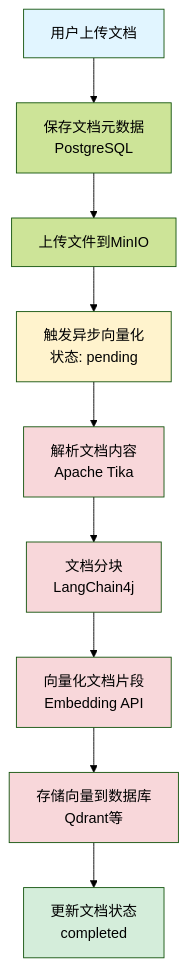
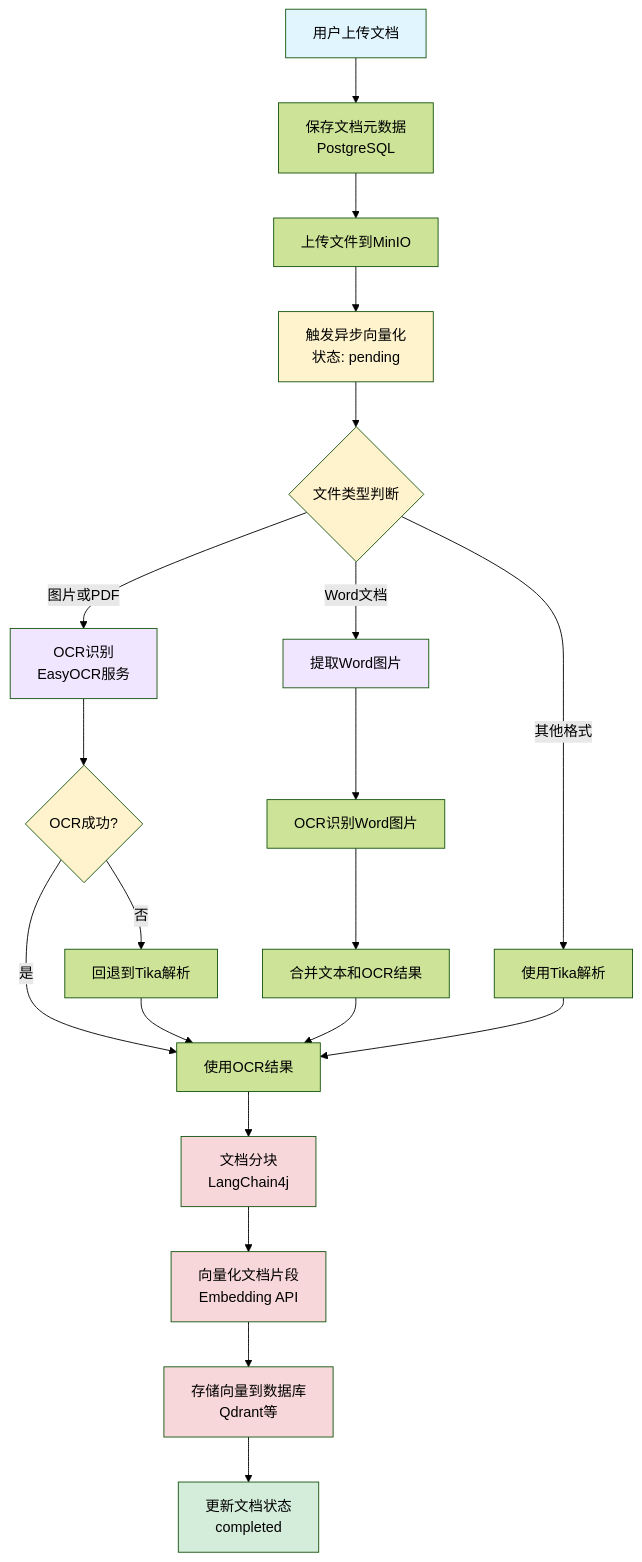
The second of 4 diagrams in backend/doc/7.知识库功能设计文档.md (NanoAgentCode/DifyApp), drawn with Mermaid (forest theme) before and after one commit. The commit also changed other lines of this file and 1 other file, not shown here.

Commit message:
增强知识库功能，集成OCR服务以支持图片和PDF文件的文字识别，同时优化文档上传和处理流程，确保对多种文档格式的全面支持。更新相关架构图和功能描述以反映新特性。

````diff
--- a/backend/doc/7.知识库功能设计文档.md
+++ b/backend/doc/7.知识库功能设计文档.md
@@ -427,19 +451,33 @@
 ```mermaid
 flowchart TD
     A[用户上传文档] --> B[保存文档元数据<br/>PostgreSQL]
     B --> C[上传文件到MinIO]
     C --> D[触发异步向量化<br/>状态: pending]
-    D --> E[解析文档内容<br/>Apache Tika]
-    E --> F[文档分块<br/>LangChain4j]
-    F --> G[向量化文档片段<br/>Embedding API]
-    G --> H[存储向量到数据库<br/>Qdrant等]
-    H --> I[更新文档状态<br/>completed]
+    D --> E{文件类型判断}
+    E -->|图片或PDF| F[OCR识别<br/>EasyOCR服务]
+    E -->|Word文档| G[提取Word图片]
+    E -->|其他格式| H[使用Tika解析]
+    F --> I{OCR成功?}
+    I -->|是| J[使用OCR结果]
+    I -->|否| K[回退到Tika解析]
+    G --> L[OCR识别Word图片]
+    L --> M[合并文本和OCR结果]
+    M --> J
+    K --> J
+    H --> J
+    J --> N[文档分块<br/>LangChain4j]
+    N --> O[向量化文档片段<br/>Embedding API]
+    O --> P[存储向量到数据库<br/>Qdrant等]
+    P --> Q[更新文档状态<br/>completed]
     
     style A fill:#e1f5ff
-    style I fill:#d4edda
+    style Q fill:#d4edda
     style D fill:#fff3cd
-    style E fill:#f8d7da
-    style F fill:#f8d7da
-    style G fill:#f8d7da
-    style H fill:#f8d7da
+    style E fill:#fff3cd
+    style F fill:#f0e6ff
+    style G fill:#f0e6ff
+    style I fill:#fff3cd
+    style N fill:#f8d7da
+    style O fill:#f8d7da
+    style P fill:#f8d7da
 ```
````
